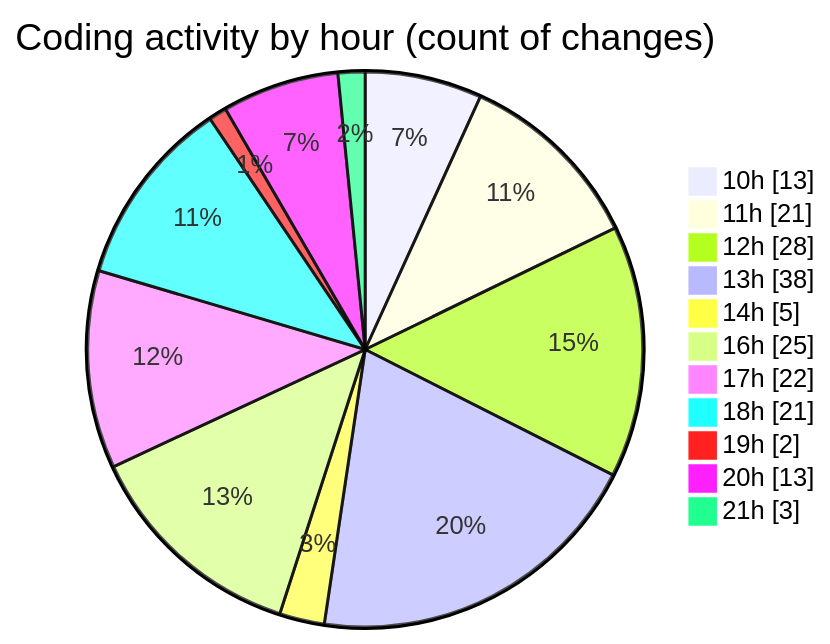
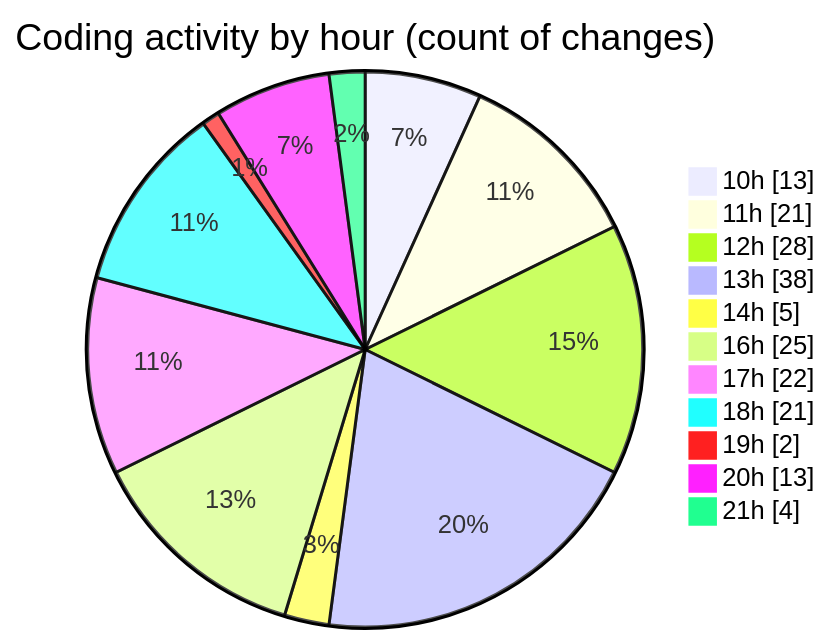
One commit to momahboobian/code-tracking changed the second of 2 diagrams in 2025-06-19/cda/README.md. Above: the diagram before and after it, drawn with Mermaid. The commit also changed other lines of this file and 1 other file, not shown here.

````diff
--- a/2025-06-19/cda/README.md
+++ b/2025-06-19/cda/README.md
@@ -49,15 +49,15 @@
 ```mermaid
 pie showData
 title Coding activity by hour (count of changes)
 "10h" : 13
 "11h" : 21
 "12h" : 28
 "13h" : 38
 "14h" : 5
 "16h" : 25
 "17h" : 22
 "18h" : 21
 "19h" : 2
 "20h" : 13
-"21h" : 3
+"21h" : 4
 ```
````
